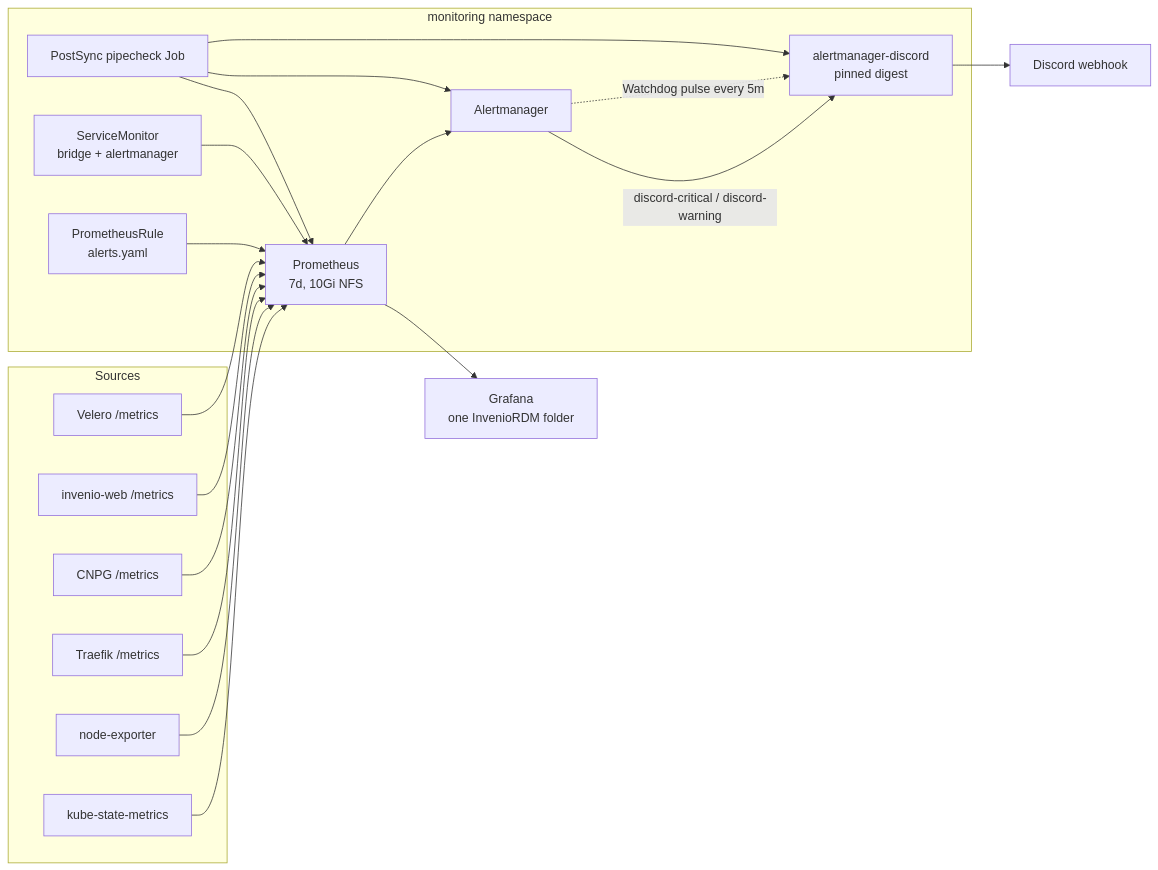
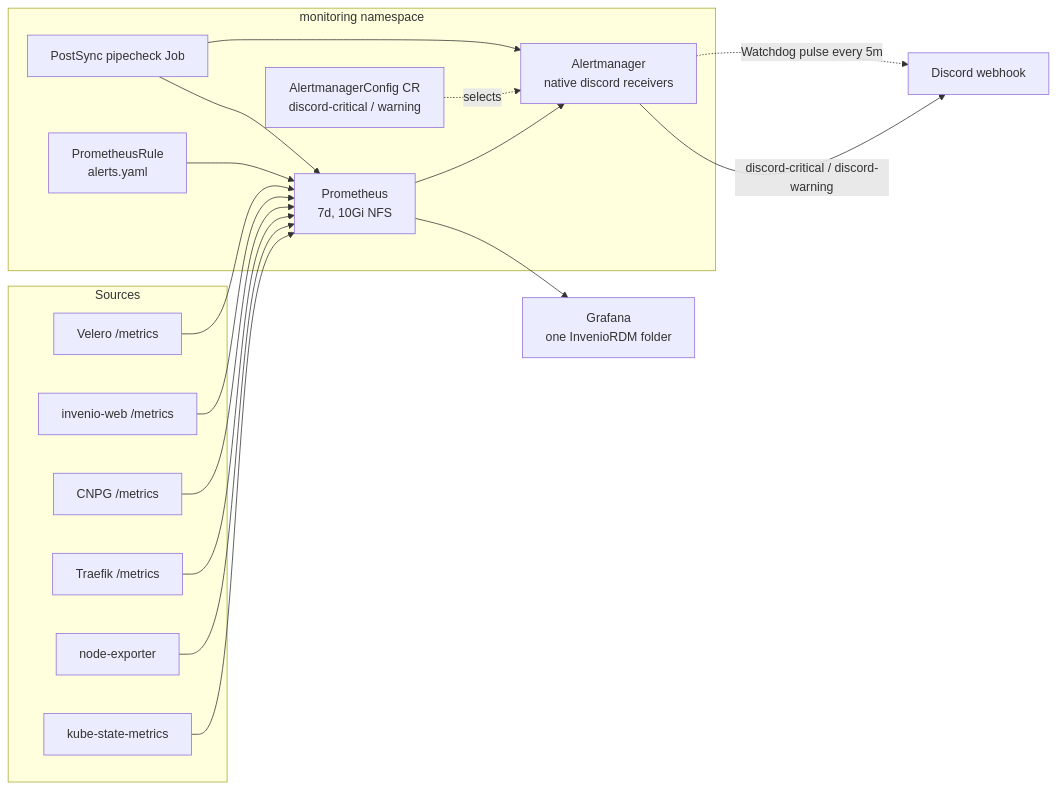
The diagram in docs/plans/active/2026-09-08-monitoring-overhaul.md (vityasyyy/invenio-rdm-gitops), drawn with Mermaid before and after one commit. The commit also changed other lines of this file, not shown here.

First line of the commit message:
docs(monitoring): amend spec to native-Discord delivery, drop bridge (#96)

````diff
--- a/docs/plans/active/2026-09-08-monitoring-overhaul.md
+++ b/docs/plans/active/2026-09-08-monitoring-overhaul.md
@@ -44,40 +46,37 @@
 ```mermaid
 flowchart LR
     subgraph Sources
         KSM[kube-state-metrics]
         NE[node-exporter]
         TR[Traefik /metrics]
         CNPG[CNPG /metrics]
         INV[invenio-web /metrics]
         VEL[Velero /metrics]
     end
 
     subgraph Monitoring[monitoring namespace]
         PROM[Prometheus<br/>7d, 10Gi NFS]
         PR[PrometheusRule<br/>alerts.yaml]
-        AM[Alertmanager]
-        BR[alertmanager-discord<br/>pinned digest]
-        SM[ServiceMonitor<br/>bridge + alertmanager]
+        AM[Alertmanager<br/>native discord receivers]
+        ACR[AlertmanagerConfig CR<br/>discord-critical / warning]
         PC[PostSync pipecheck Job]
     end
 
     GF[Grafana<br/>one InvenioRDM folder]
     DC[Discord webhook]
 
     KSM --> PROM
     NE --> PROM
     TR --> PROM
     CNPG --> PROM
     INV --> PROM
     VEL --> PROM
     PR --> PROM
     PROM --> AM
-    SM --> PROM
-    AM -->|discord-critical / discord-warning| BR
-    BR --> DC
-    AM -.->|Watchdog pulse every 5m| BR
+    ACR -.->|selects| AM
+    AM -->|discord-critical / discord-warning| DC
+    AM -.->|Watchdog pulse every 5m| DC
     PROM --> GF
     PC --> PROM
     PC --> AM
-    PC --> BR
 ```
````
